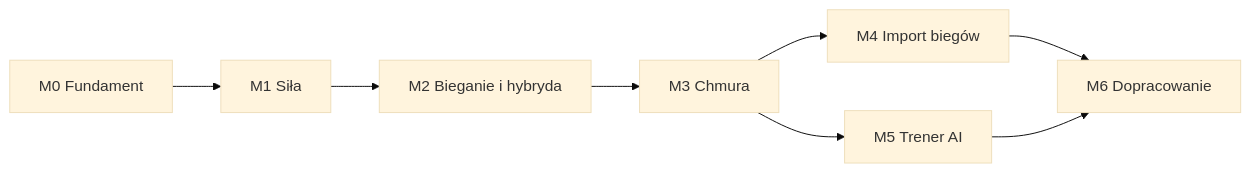
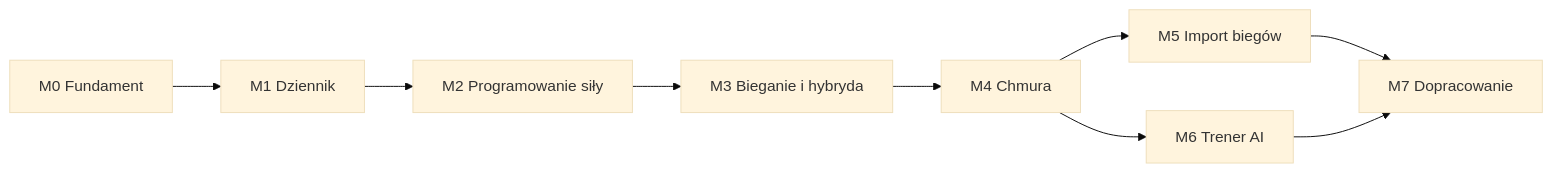
The diagram in docs/09-plan-wdrozenia.md (wojtekkaczor/wrkout), drawn with Mermaid (base theme) before and after one commit. The commit also changed other lines of this file and 9 other files, not shown here.

First line of the commit message:
Reorder roadmap: training log and progress reports first

````diff
--- a/docs/09-plan-wdrozenia.md
+++ b/docs/09-plan-wdrozenia.md
@@ -7,10 +9,11 @@
 ```mermaid
 flowchart LR
-    M0[M0 Fundament] --> M1[M1 Siła]
-    M1 --> M2[M2 Bieganie i hybryda]
-    M2 --> M3[M3 Chmura]
-    M3 --> M4[M4 Import biegów]
-    M3 --> M5[M5 Trener AI]
-    M4 --> M6[M6 Dopracowanie]
-    M5 --> M6
+    M0[M0 Fundament] --> M1[M1 Dziennik]
+    M1 --> M2[M2 Programowanie siły]
+    M2 --> M3[M3 Bieganie i hybryda]
+    M3 --> M4[M4 Chmura]
+    M4 --> M5[M5 Import biegów]
+    M4 --> M6[M6 Trener AI]
+    M5 --> M7[M7 Dopracowanie]
+    M6 --> M7
 ```
````
